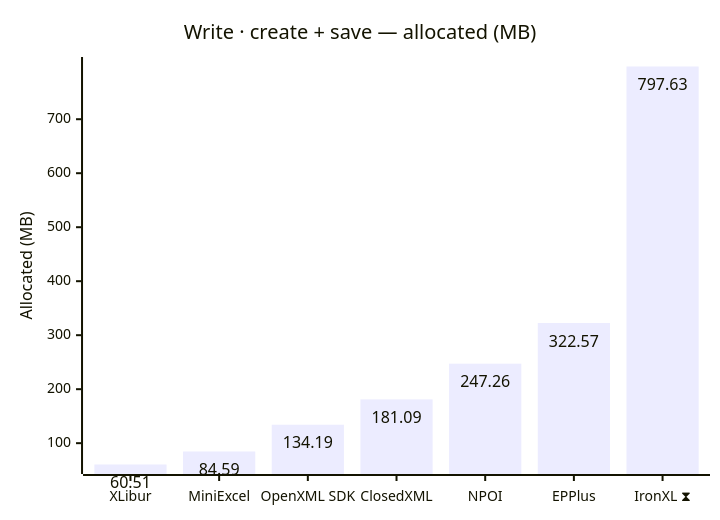
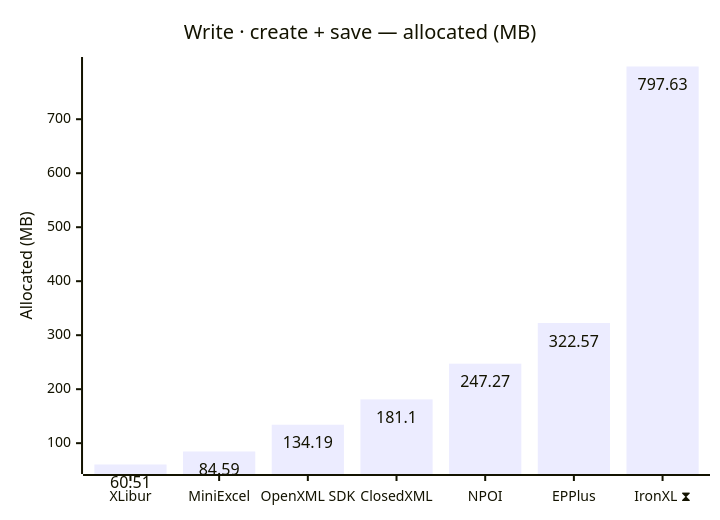
Before and after one commit to jafin/XLBench: the sixth of 12 diagrams in docs/results-ci.md, drawn with Mermaid. The commit also changed other lines of this file, not shown here.

````diff
--- a/docs/results-ci.md
+++ b/docs/results-ci.md
@@ -106,12 +106,12 @@
 ```mermaid
 ---
 config:
   xyChart:
     showDataLabel: true
 ---
 xychart-beta
     title "Write · create + save — allocated (MB)"
     x-axis ["XLibur", "MiniExcel", "OpenXML SDK", "ClosedXML", "NPOI", "EPPlus", "IronXL ⧗"]
     y-axis "Allocated (MB)"
-    bar [60.51, 84.59, 134.19, 181.09, 247.26, 322.57, 797.63]
+    bar [60.51, 84.59, 134.19, 181.1, 247.27, 322.57, 797.63]
 ```
````
